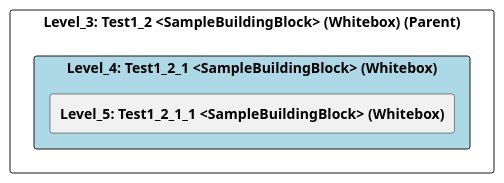
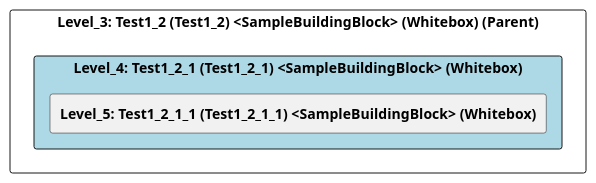
Before and after one commit to marcozwyssig/cleon: the diagram in src/cleon.architecturemethods.arc42.sample/doc/cleon_architecturemethods_arc42_sample_arc42/adoc/en/05_building_block_view/chess/test1/test1_2/test1_2_1/level_4_test1_2_1.adoc, drawn with PlantUML. The commit also changed other lines of this file and 166 other files, not shown here.

```diff
--- a/src/cleon.architecturemethods.arc42.sample/doc/cleon_architecturemethods_arc42_sample_arc42/adoc/en/05_building_block_view/chess/test1/test1_2/test1_2_1/level_4_test1_2_1.adoc
+++ b/src/cleon.architecturemethods.arc42.sample/doc/cleon_architecturemethods_arc42_sample_arc42/adoc/en/05_building_block_view/chess/test1/test1_2/test1_2_1/level_4_test1_2_1.adoc
@@ -20,26 +20,26 @@
-[plantuml, Level_4: Test1_2_1 <SampleBuildingBlock> (Whitebox)BlockOverview, format="svg"]
+[plantuml, Level_4: Test1_2_1 (Test1_2_1) <SampleBuildingBlock> (Whitebox)BlockOverview, format="svg"]
 ----
-@startuml Level_4: Test1_2_1 <SampleBuildingBlock> (Whitebox)BuildingBlockOverview
+@startuml Level_4: Test1_2_1 (Test1_2_1) <SampleBuildingBlock> (Whitebox)BuildingBlockOverview
 
 skinparam ranksep 10
 skinparam componentStyle rectangle
 skinparam shadowing false
 skinparam arrowColor lightblue
 skinparam arrowThickness 1.2
 skinparam rectangle {
   BackgroundColor White
   BorderColor #333
   RoundCorner 10
 }
 top to bottom direction
 
-component "Level_3: Test1_2 <SampleBuildingBlock> (Whitebox) (Parent)" {
-    component "Level_4: Test1_2_1 <SampleBuildingBlock> (Whitebox)" #lightblue {
-        [**Level_5: Test1_2_1_1 <SampleBuildingBlock> (Whitebox)**] as 7F52B647_D579_11EE_903E_9F564E4DE07E
+component "Level_3: Test1_2 (Test1_2) <SampleBuildingBlock> (Whitebox) (Parent)" {
+    component "Level_4: Test1_2_1 (Test1_2_1) <SampleBuildingBlock> (Whitebox)" #lightblue {
+        [**Level_5: Test1_2_1_1 (Test1_2_1_1) <SampleBuildingBlock> (Whitebox)**] as 7F52B647_D579_11EE_903E_9F564E4DE07E
     }
 
     
 }
 
 @enduml
 ----
```
